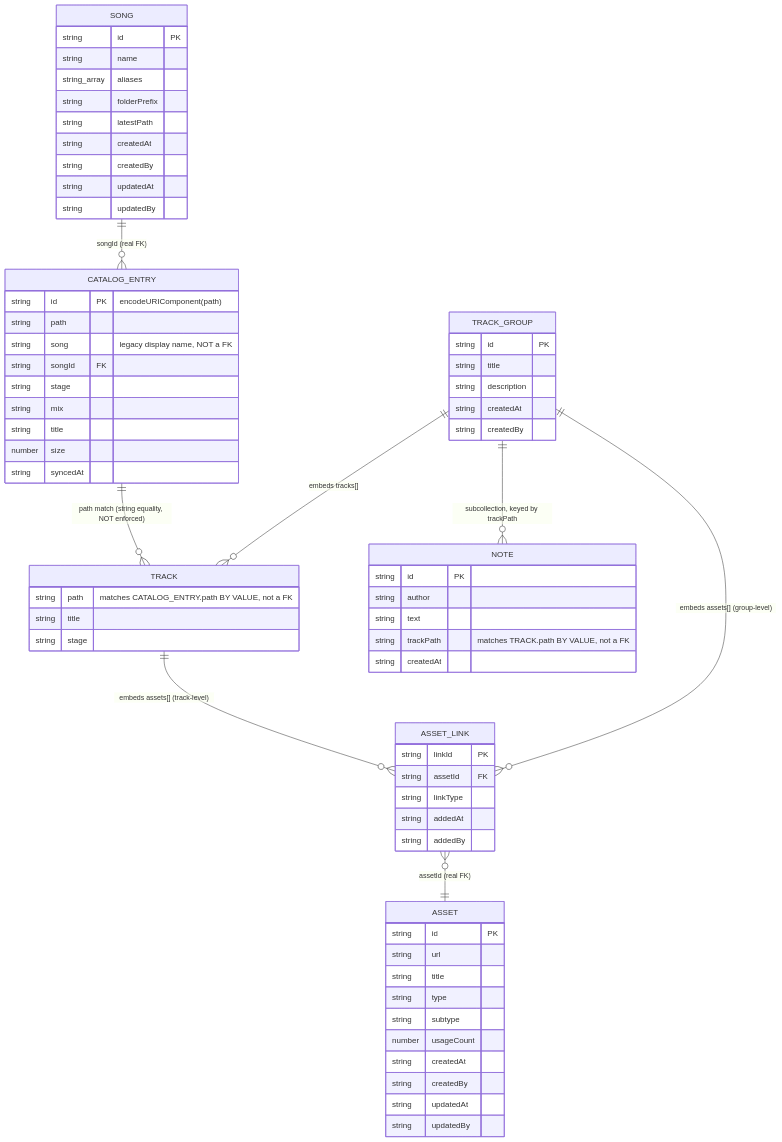
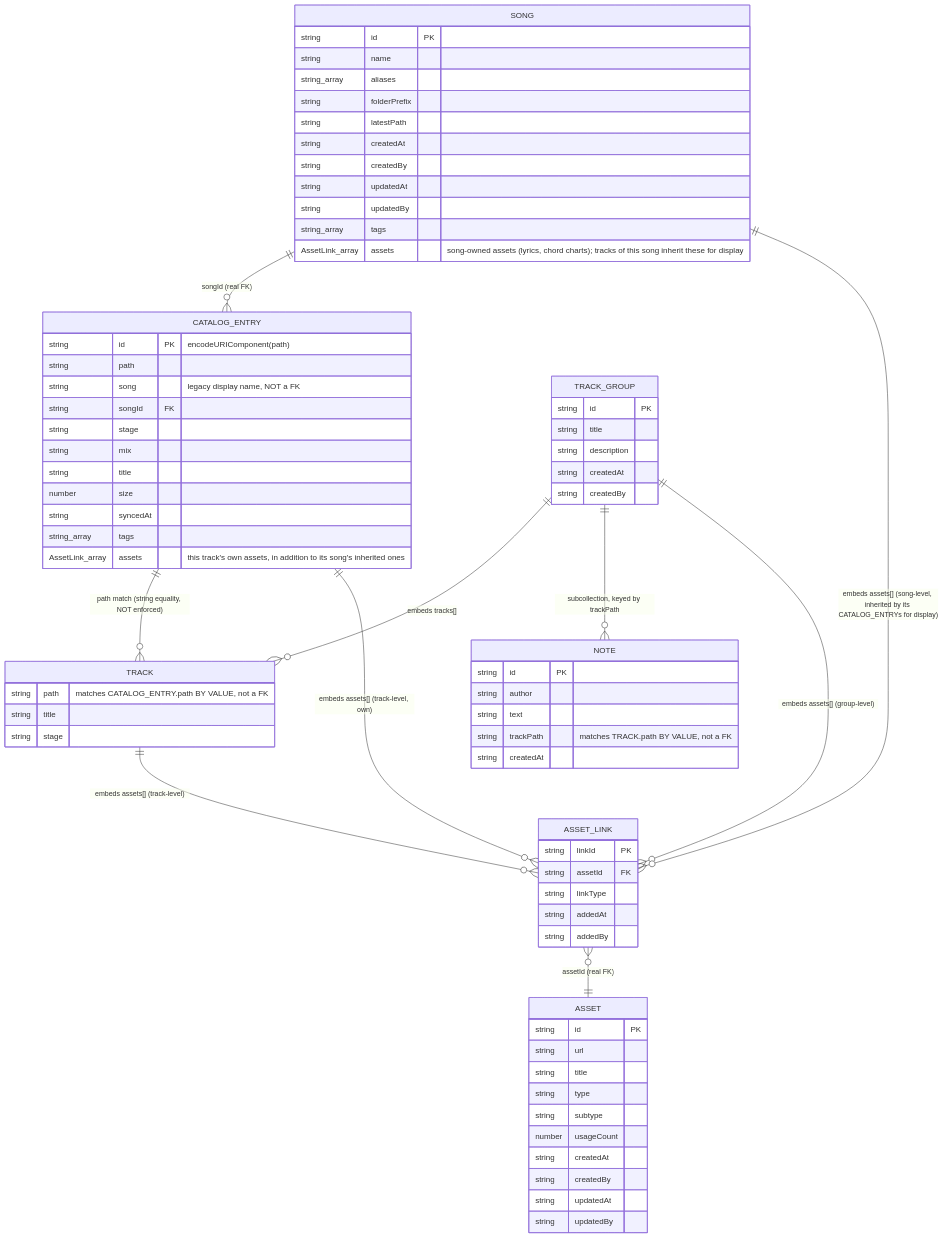
Before and after one commit to captainjspace/bandmagic: the diagram in docs/erd.mmd, drawn with Mermaid. The commit also changed 3 other files, not shown here.

First line of the commit message:
Add Song/CatalogEntry asset links with inheritance + usageCount wiring

```diff
--- a/docs/erd.mmd
+++ b/docs/erd.mmd
@@ -1,75 +1,81 @@
 erDiagram
     SONG {
         string id PK
         string name
         string_array aliases
         string folderPrefix
         string latestPath
         string createdAt
         string createdBy
         string updatedAt
         string updatedBy
+        string_array tags
+        AssetLink_array assets "song-owned assets (lyrics, chord charts); tracks of this song inherit these for display"
     }
 
     CATALOG_ENTRY {
         string id PK "encodeURIComponent(path)"
         string path
         string song "legacy display name, NOT a FK"
         string songId FK
         string stage
         string mix
         string title
         number size
         string syncedAt
+        string_array tags
+        AssetLink_array assets "this track's own assets, in addition to its song's inherited ones"
     }
 
     TRACK_GROUP {
         string id PK
         string title
         string description
         string createdAt
         string createdBy
     }
 
     TRACK {
         string path "matches CATALOG_ENTRY.path BY VALUE, not a FK"
         string title
         string stage
     }
 
     ASSET {
         string id PK
         string url
         string title
         string type
         string subtype
         number usageCount
         string createdAt
         string createdBy
         string updatedAt
         string updatedBy
     }
 
     ASSET_LINK {
         string linkId PK
         string assetId FK
         string linkType
         string addedAt
         string addedBy
     }
 
     NOTE {
         string id PK
         string author
         string text
         string trackPath "matches TRACK.path BY VALUE, not a FK"
         string createdAt
     }
 
     SONG ||--o{ CATALOG_ENTRY : "songId (real FK)"
     CATALOG_ENTRY ||--o{ TRACK : "path match (string equality, NOT enforced)"
     TRACK_GROUP ||--o{ TRACK : "embeds tracks[]"
     TRACK_GROUP ||--o{ NOTE : "subcollection, keyed by trackPath"
     TRACK_GROUP ||--o{ ASSET_LINK : "embeds assets[] (group-level)"
     TRACK ||--o{ ASSET_LINK : "embeds assets[] (track-level)"
+    SONG ||--o{ ASSET_LINK : "embeds assets[] (song-level, inherited by its CATALOG_ENTRYs for display)"
+    CATALOG_ENTRY ||--o{ ASSET_LINK : "embeds assets[] (track-level, own)"
     ASSET_LINK }o--|| ASSET : "assetId (real FK)"
```
